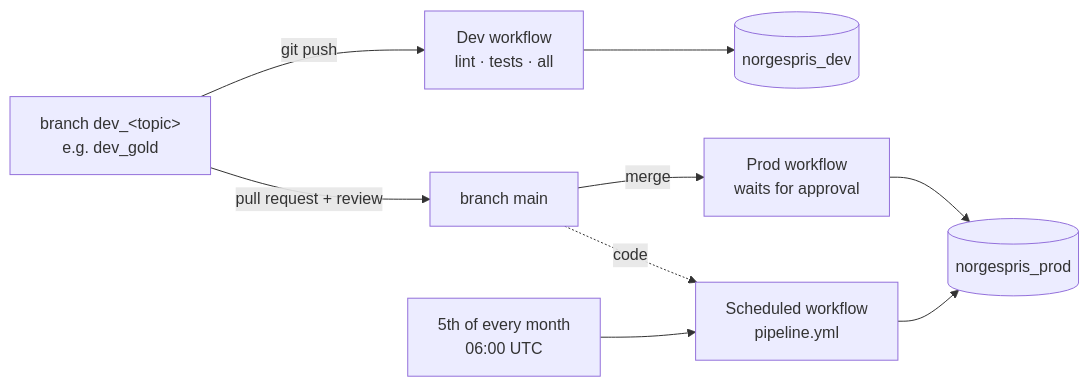
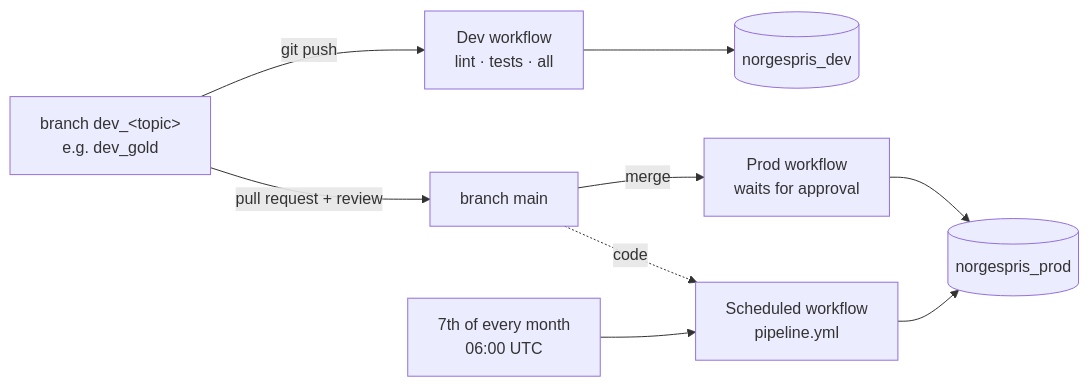
One commit to aaamainorg/dat535-group24 changed the fourth of 4 diagrams in docs/pipelines.md. Above: the diagram before and after it, drawn with Mermaid. The commit also changed other lines of this file and 11 other files, not shown here.

````diff
--- a/docs/pipelines.md
+++ b/docs/pipelines.md
@@ -143,11 +171,11 @@
 ```mermaid
 flowchart LR
     dev["branch dev_&lt;topic&gt;<br/>e.g. dev_gold"] -- "git push" --> dw["Dev workflow<br/>lint · tests · all"]
     dw --> ddb[("norgespris_dev")]
     dev -- "pull request + review" --> main["branch main"]
     main -- "merge" --> pw["Prod workflow<br/>waits for approval"]
-    cron["5th of every month<br/>06:00 UTC"] --> sw["Scheduled workflow<br/>pipeline.yml"]
+    cron["7th of every month<br/>06:00 UTC"] --> sw["Scheduled workflow<br/>pipeline.yml"]
     main -. "code" .-> sw
     pw --> pdb[("norgespris_prod")]
     sw --> pdb
 ```
````
